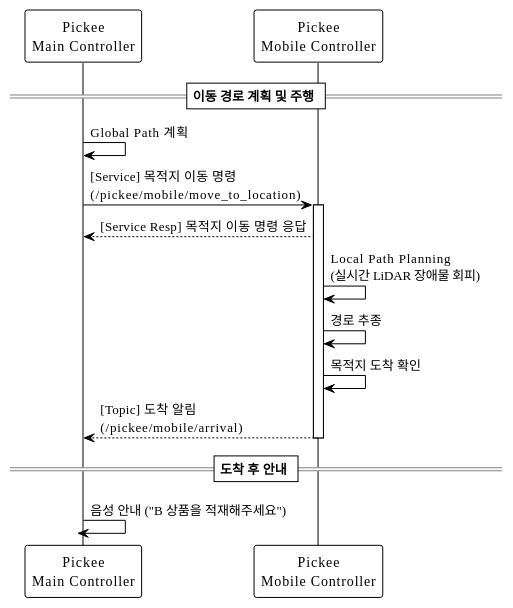
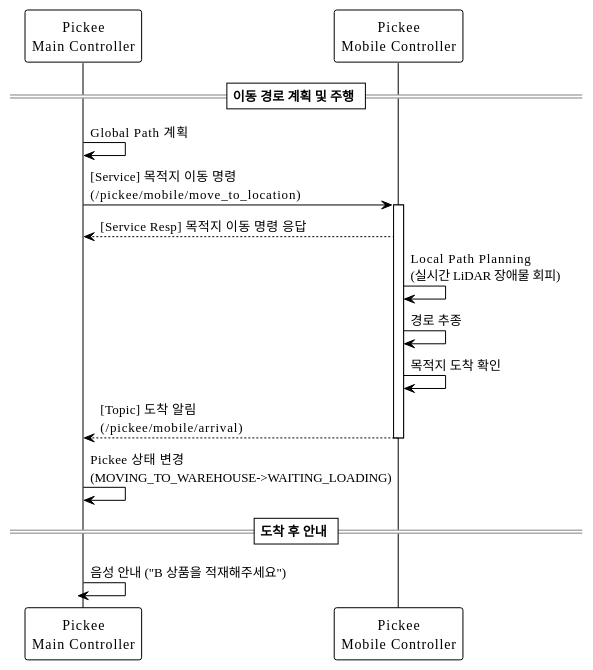
Before and after one commit to addinedu-roscamp-7th/roscamp-repo-1: the diagram in docs/SequenceDiagram/SC_06_4.md, drawn with PlantUML. The commit also changed 18 other files, not shown here.

```diff
--- a/docs/SequenceDiagram/SC_06_4.md
+++ b/docs/SequenceDiagram/SC_06_4.md
@@ -1,24 +1,27 @@
 @startuml SC_06_4_Pickee_이동및도착안내
 !theme plain
 
-participant "Pickee\nMain Controller" as MainCtrl
-participant "Pickee\nMobile Controller" as MobileCtrl
+participant "Pickee\nMain Controller" as pickee_main
+participant "Pickee\nMobile Controller" as pickee_mobile
 
 == 이동 경로 계획 및 주행 ==
 
-MainCtrl -> MainCtrl: Global Path 계획
-MainCtrl -> MobileCtrl: [Service] 목적지 이동 명령\n(/pickee/mobile/move_to_location)
-activate MobileCtrl
-MobileCtrl --> MainCtrl: [Service Resp] 목적지 이동 명령 응답
-MobileCtrl -> MobileCtrl: Local Path Planning\n(실시간 LiDAR 장애물 회피)
-MobileCtrl -> MobileCtrl: 경로 추종
-MobileCtrl -> MobileCtrl: 목적지 도착 확인
-MobileCtrl --> MainCtrl: [Topic] 도착 알림\n(/pickee/mobile/arrival)
-deactivate MobileCtrl
+pickee_main -> pickee_main: Global Path 계획
+pickee_main -> pickee_mobile: [Service] 목적지 이동 명령\n(/pickee/mobile/move_to_location)
+activate pickee_mobile
+pickee_mobile --> pickee_main: [Service Resp] 목적지 이동 명령 응답
+pickee_mobile -> pickee_mobile: Local Path Planning\n(실시간 LiDAR 장애물 회피)
+pickee_mobile -> pickee_mobile: 경로 추종
+pickee_mobile -> pickee_mobile: 목적지 도착 확인
+pickee_mobile --> pickee_main: [Topic] 도착 알림\n(/pickee/mobile/arrival)
+deactivate pickee_mobile
+
+pickee_main -> pickee_main: Pickee 상태 변경\n(MOVING_TO_WAREHOUSE->WAITING_LOADING)
+
 
 == 도착 후 안내 ==
 
-MainCtrl -> MainCtrl: 음성 안내 ("B 상품을 적재해주세요")
-deactivate MainCtrl
+pickee_main -> pickee_main: 음성 안내 ("B 상품을 적재해주세요")
+deactivate pickee_main
 
 @enduml
```
